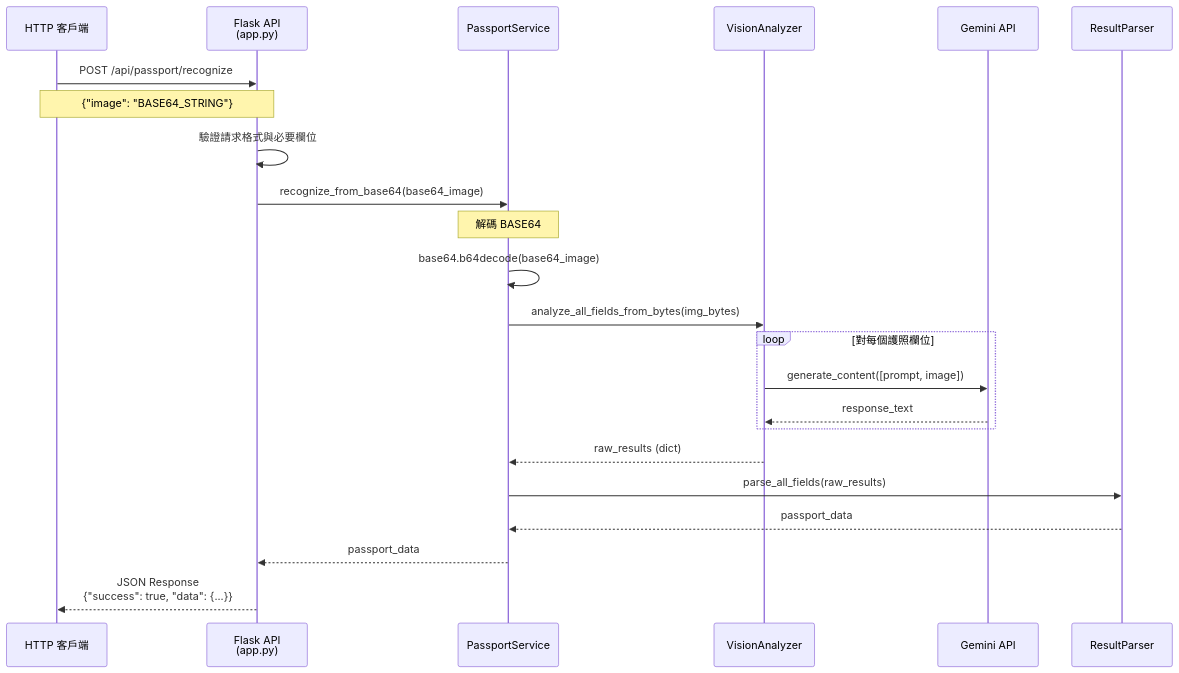
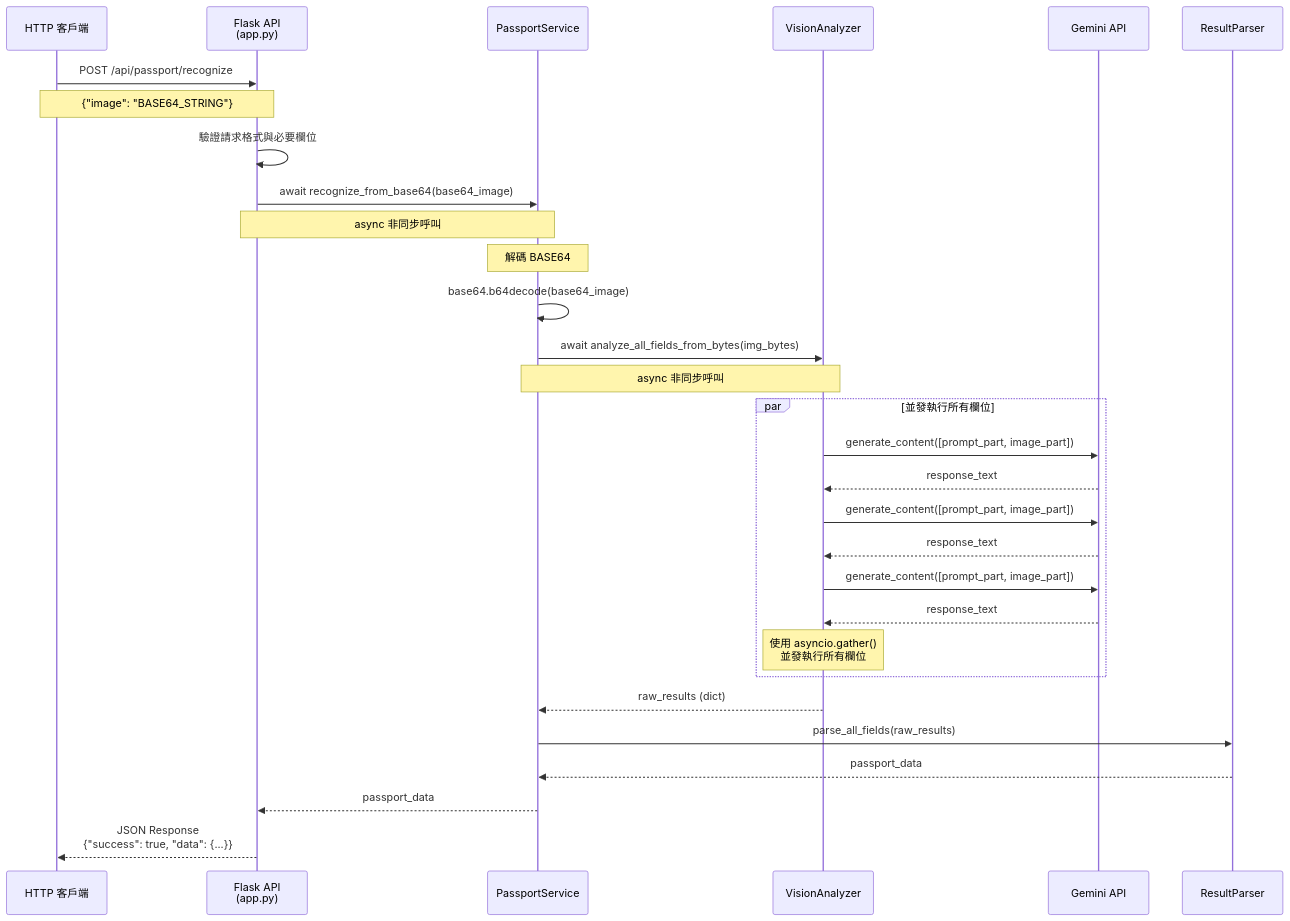
One commit to wu02067602/Passport-image-recognition changed the first of 3 diagrams in 序列圖.md. Above: the diagram before and after it, drawn with Mermaid. The commit also changed other lines of this file and 10 other files, not shown here.

First line of the commit message:
Refactor: Enhance passport recognition API with async support

````diff
--- a/序列圖.md
+++ b/序列圖.md
@@ -7,35 +7,42 @@
 ```mermaid
 sequenceDiagram
     participant Client as HTTP 客戶端
     participant API as Flask API<br/>(app.py)
     participant Service as PassportService
     participant Analyzer as VisionAnalyzer
     participant GAPI as Gemini API
     participant Parser as ResultParser
     
     Client->>API: POST /api/passport/recognize
     Note over Client,API: {"image": "BASE64_STRING"}
     
     API->>API: 驗證請求格式與必要欄位
     
-    API->>Service: recognize_from_base64(base64_image)
+    API->>Service: await recognize_from_base64(base64_image)
+    Note over API,Service: async 非同步呼叫
     
     Note over Service: 解碼 BASE64
     Service->>Service: base64.b64decode(base64_image)
     
-    Service->>Analyzer: analyze_all_fields_from_bytes(img_bytes)
+    Service->>Analyzer: await analyze_all_fields_from_bytes(img_bytes)
+    Note over Service,Analyzer: async 非同步呼叫
     
-    loop 對每個護照欄位
-        Analyzer->>GAPI: generate_content([prompt, image])
+    par 並發執行所有欄位
+        Analyzer->>GAPI: generate_content([prompt_part, image_part])
         GAPI-->>Analyzer: response_text
+        Analyzer->>GAPI: generate_content([prompt_part, image_part])
+        GAPI-->>Analyzer: response_text
+        Analyzer->>GAPI: generate_content([prompt_part, image_part])
+        GAPI-->>Analyzer: response_text
+        Note over Analyzer: 使用 asyncio.gather()<br/>並發執行所有欄位
     end
     
     Analyzer-->>Service: raw_results (dict)
     
     Service->>Parser: parse_all_fields(raw_results)
     Parser-->>Service: passport_data
     
     Service-->>API: passport_data
     
     API-->>Client: JSON Response<br/>{"success": true, "data": {...}}
 ```
````
